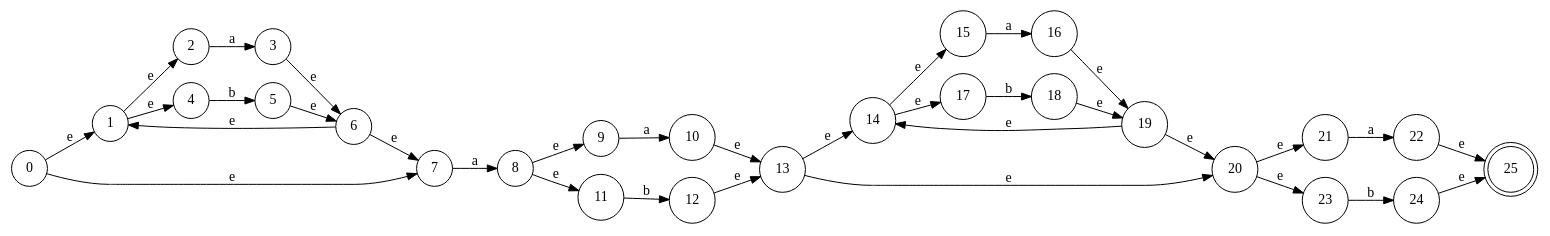
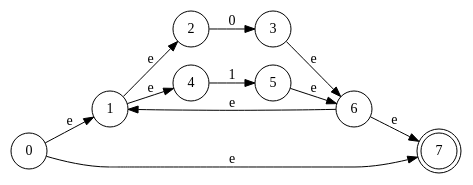
The diagram in output/NFA.gv (ancu-98/Py-Finite-Automata-Vending-Machine), drawn with Graphviz before and after one commit. The commit also changed 23 other files, not shown here.

```diff
--- a/output/NFA.gv
+++ b/output/NFA.gv
@@ -1,47 +1,17 @@
 // Diagrama NFA
 strict digraph {
 	rankdir=LR
 	node [shape=circle]
 	0 -> 1 [label=e]
 	1 -> 2 [label=e]
-	2 -> 3 [label=a]
+	2 -> 3 [label=0]
 	1 -> 4 [label=e]
-	4 -> 5 [label=b]
+	4 -> 5 [label=1]
 	3 -> 6 [label=e]
 	5 -> 6 [label=e]
 	1 -> 2
 	6 -> 1 [label=e]
 	6 -> 7 [label=e]
 	0 -> 7 [label=e]
-	0 -> 1
-	7 -> 8 [label=a]
-	0 -> 1
-	8 -> 9 [label=e]
-	9 -> 10 [label=a]
-	8 -> 11 [label=e]
-	11 -> 12 [label=b]
-	10 -> 13 [label=e]
-	12 -> 13 [label=e]
-	8 -> 9
-	0 -> 1
-	13 -> 14 [label=e]
-	14 -> 15 [label=e]
-	15 -> 16 [label=a]
-	14 -> 17 [label=e]
-	17 -> 18 [label=b]
-	16 -> 19 [label=e]
-	18 -> 19 [label=e]
-	14 -> 15
-	19 -> 14 [label=e]
-	19 -> 20 [label=e]
-	13 -> 20 [label=e]
-	20 -> 21 [label=e]
-	21 -> 22 [label=a]
-	20 -> 23 [label=e]
-	23 -> 24 [label=b]
-	22 -> 25 [label=e]
-	24 -> 25 [label=e]
-	20 -> 21
-	13 -> 14
-	25 [shape=doublecircle]
+	7 [shape=doublecircle]
 }
```
